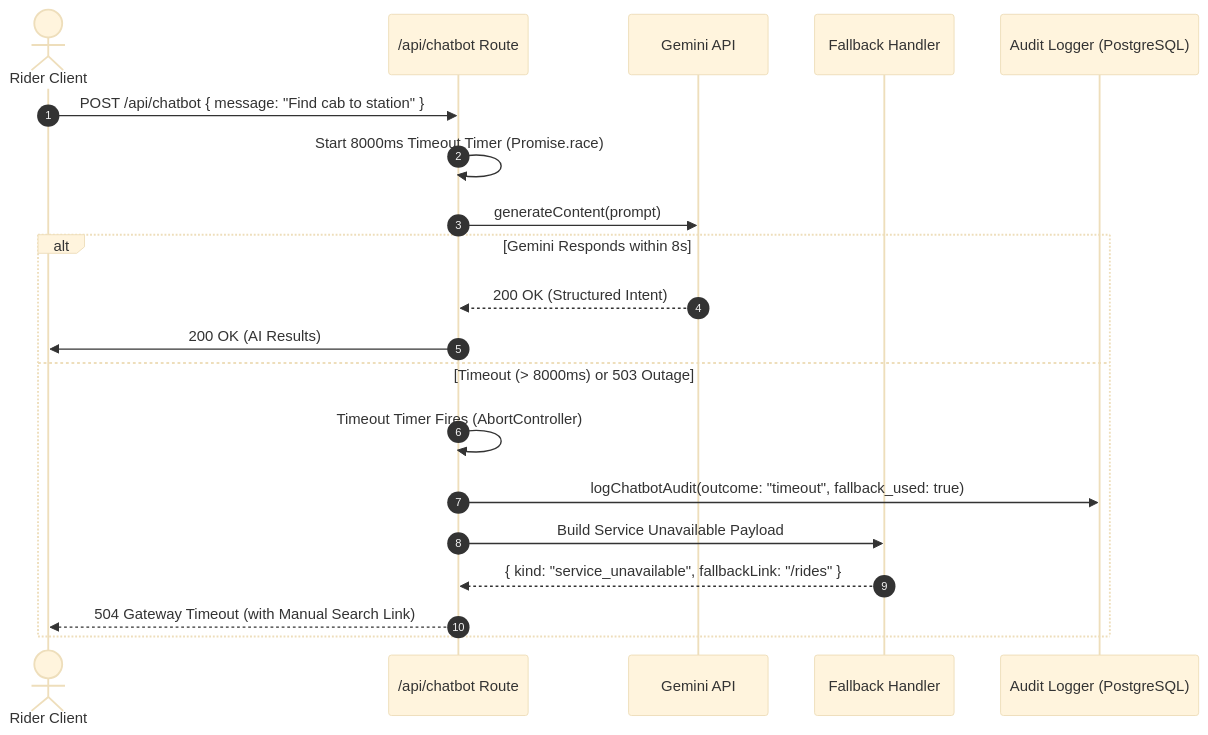
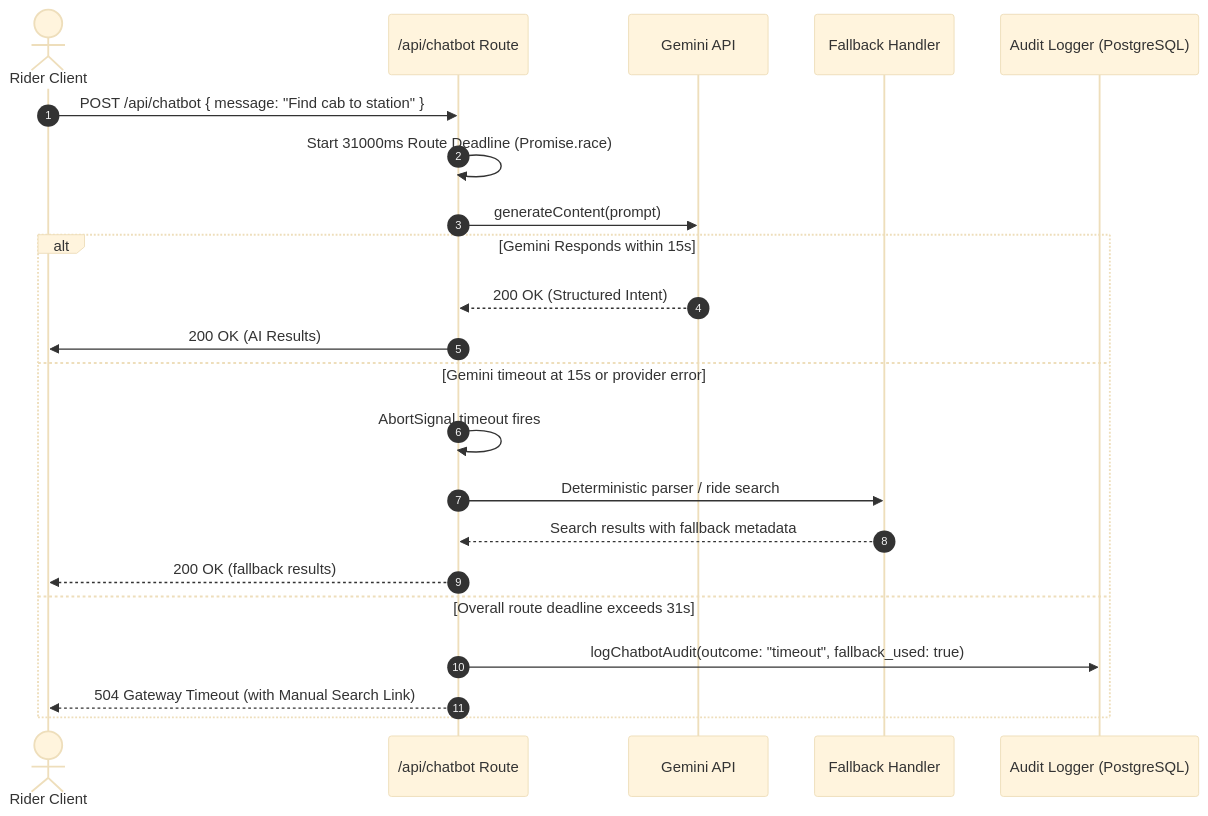
One commit to CS455-Carpooling/Campus_Ridepooling_Automation changed the second of 4 diagrams in Deliverables/D3/failure-and-recovery-test-report.md. Above: the diagram before and after it, drawn with Mermaid (base theme). The commit also changed other lines of this file and 3 other files, not shown here.

````diff
--- a/Deliverables/D3/failure-and-recovery-test-report.md
+++ b/Deliverables/D3/failure-and-recovery-test-report.md
@@ -69,23 +69,25 @@
 ```mermaid
 sequenceDiagram
     autonumber
     actor Rider as Rider Client
     participant API as /api/chatbot Route
     participant Model as Gemini API
     participant Fallback as Fallback Handler
     participant Audit as Audit Logger (PostgreSQL)
 
     Rider->>API: POST /api/chatbot { message: "Find cab to station" }
-    API->>API: Start 8000ms Timeout Timer (Promise.race)
+    API->>API: Start 31000ms Route Deadline (Promise.race)
     API->>Model: generateContent(prompt)
-    alt Gemini Responds within 8s
+    alt Gemini Responds within 15s
         Model-->>API: 200 OK (Structured Intent)
         API->>Rider: 200 OK (AI Results)
-    else Timeout (> 8000ms) or 503 Outage
-        API->>API: Timeout Timer Fires (AbortController)
+    else Gemini timeout at 15s or provider error
+        API->>API: AbortSignal.timeout fires
+        API->>Fallback: Deterministic parser / ride search
+        Fallback-->>API: Search results with fallback metadata
+        API-->>Rider: 200 OK (fallback results)
+    else Overall route deadline exceeds 31s
         API->>Audit: logChatbotAudit(outcome: "timeout", fallback_used: true)
-        API->>Fallback: Build Service Unavailable Payload
-        Fallback-->>API: { kind: "service_unavailable", fallbackLink: "/rides" }
         API-->>Rider: 504 Gateway Timeout (with Manual Search Link)
     end
 ```
````
